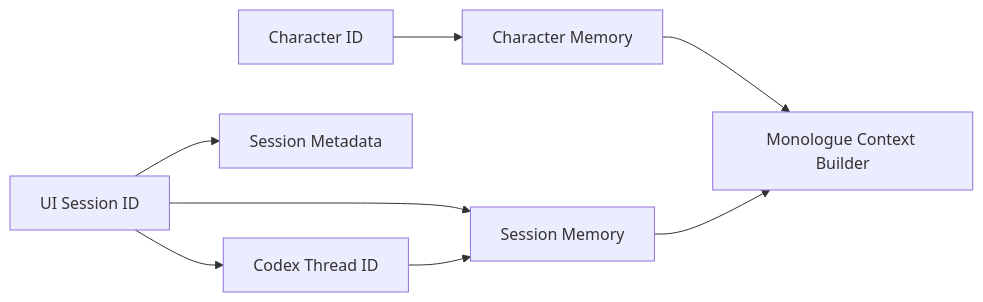
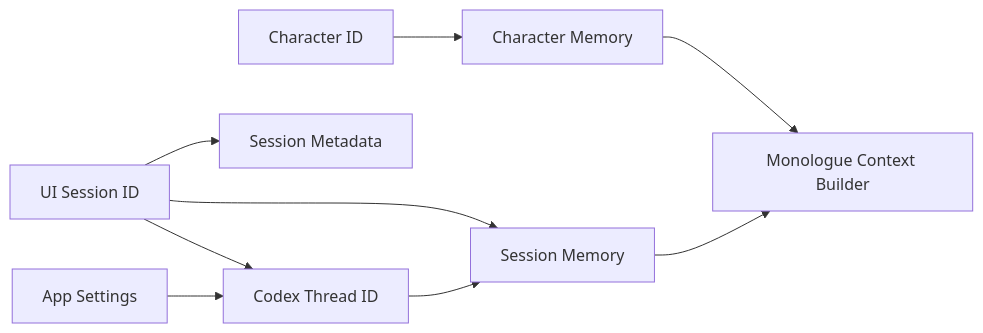
Before and after one commit to natumekazuki/WithMate: the diagram in docs/design/session-persistence.md, drawn with Mermaid. The commit also changed other lines of this file and 117 other files, not shown here.

````diff
--- a/docs/design/session-persistence.md
+++ b/docs/design/session-persistence.md
@@ -92,10 +130,11 @@
 ```mermaid
 flowchart LR
   A[UI Session ID] --> B[Codex Thread ID]
   A --> C[Session Metadata]
   A --> D[Session Memory]
   E[Character ID] --> F[Character Memory]
+  H[App Settings] --> B
   B --> D
   F --> G[Monologue Context Builder]
   D --> G
 ```
````
